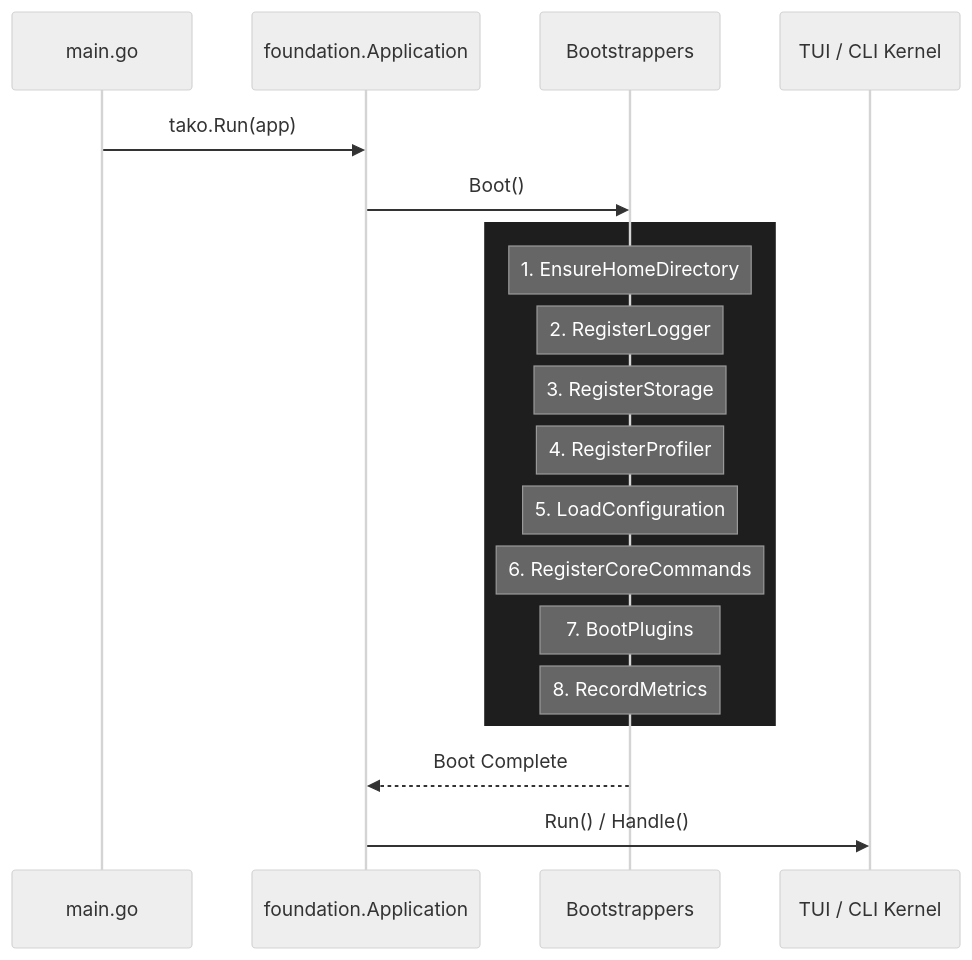
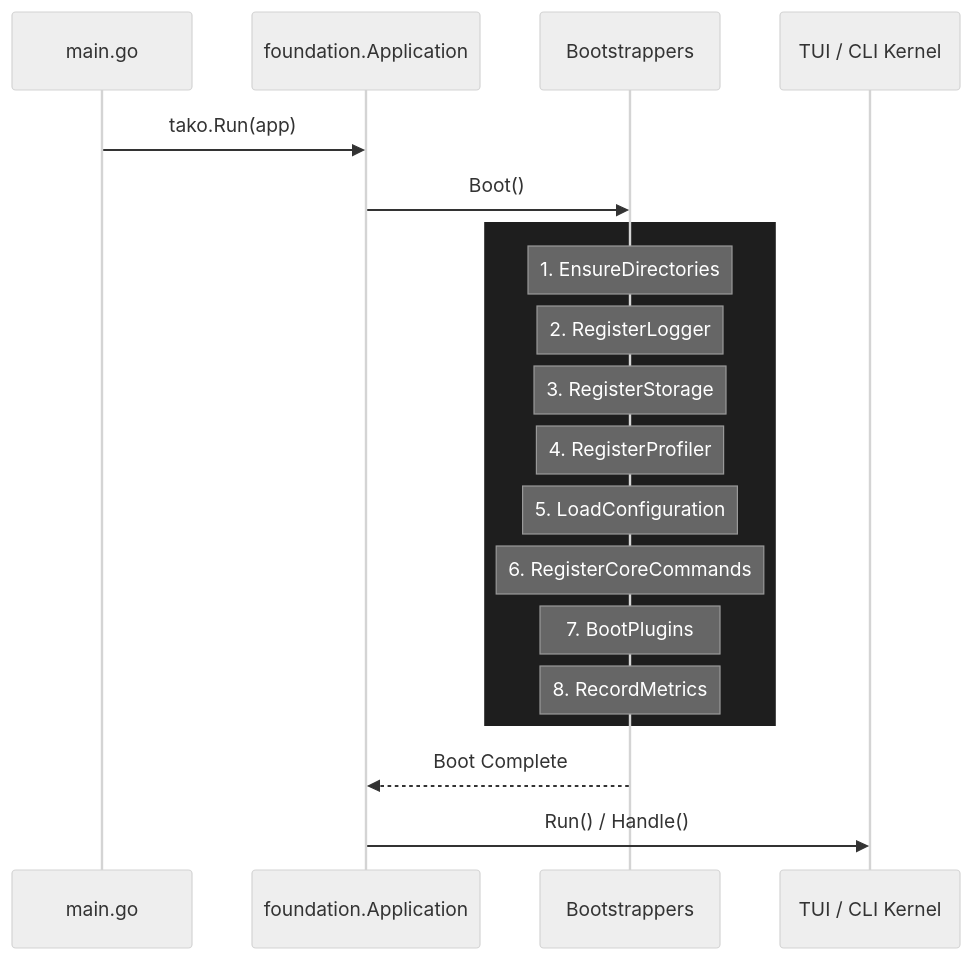
One commit to gettako/docs changed the diagram in 03.core-concepts/01.bootstrap-process.md. Above: the diagram before and after it, drawn with Mermaid (neutral theme). The commit also changed other lines of this file and 6 other files, not shown here.

````diff
--- a/03.core-concepts/01.bootstrap-process.md
+++ b/03.core-concepts/01.bootstrap-process.md
@@ -23,24 +23,24 @@
 ```mermaid
 sequenceDiagram
     participant Main as main.go
     participant App as foundation.Application
     participant BS as Bootstrappers
     participant Kernel as TUI / CLI Kernel
     
     Main->>App: tako.Run(app)
     App->>BS: Boot()
     
     rect rgb(30, 30, 30)
-    Note over BS: 1. EnsureHomeDirectory
+    Note over BS: 1. EnsureDirectories
     Note over BS: 2. RegisterLogger
     Note over BS: 3. RegisterStorage
     Note over BS: 4. RegisterProfiler
     Note over BS: 5. LoadConfiguration
     Note over BS: 6. RegisterCoreCommands
     Note over BS: 7. BootPlugins
     Note over BS: 8. RecordMetrics
     end
     
     BS-->>App: Boot Complete
     App->>Kernel: Run() / Handle()
 ```
````
